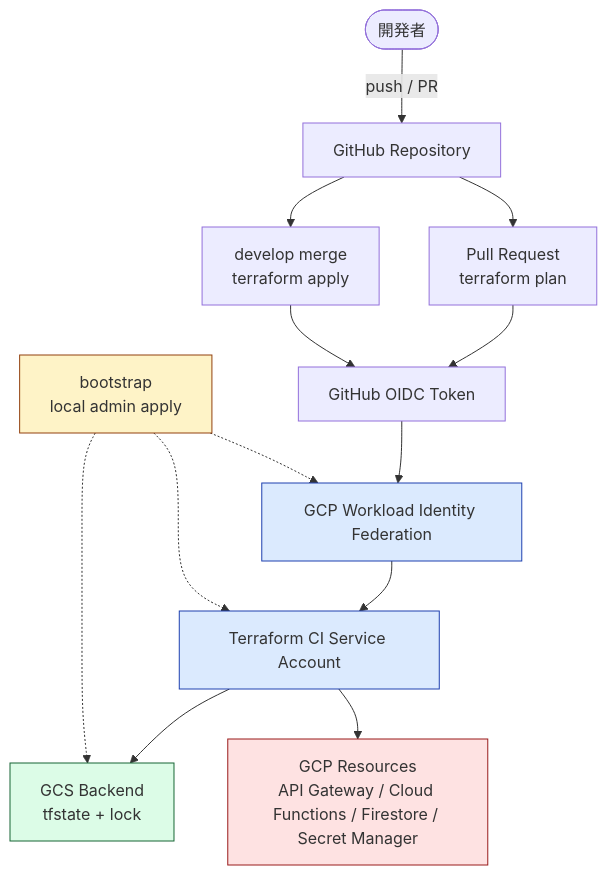
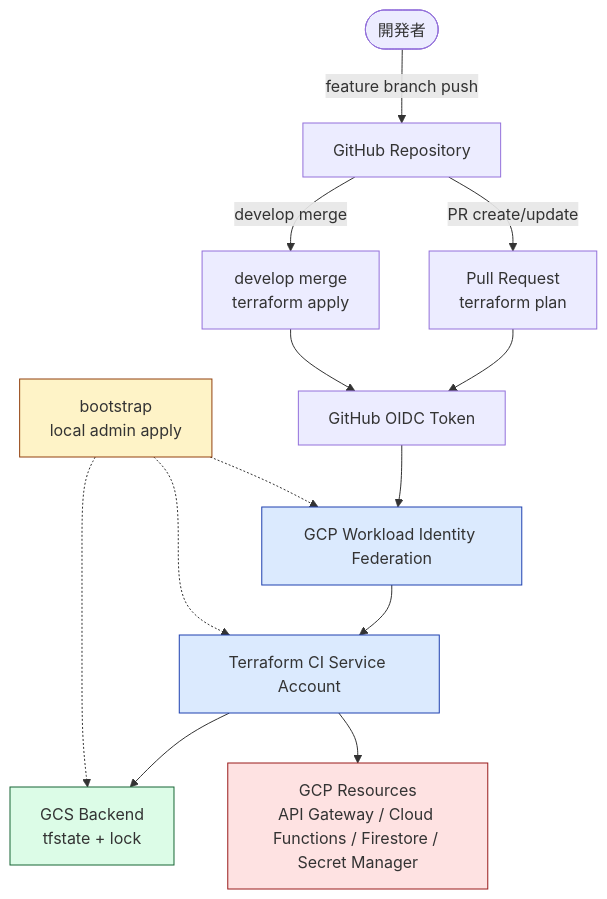
Before and after one commit to Riri-Inferno/gcp-serverless-vector-search: the diagram in docs/terraform-gitops.md, drawn with Mermaid. The commit also changed other lines of this file and 1 other file, not shown here.

````diff
--- a/docs/terraform-gitops.md
+++ b/docs/terraform-gitops.md
@@ -9,32 +9,32 @@
 ```mermaid
 flowchart TD
     Dev([開発者])
     GH[GitHub Repository]
     PR["Pull Request<br/>terraform plan"]
     Merge["develop merge<br/>terraform apply"]
     OIDC["GitHub OIDC Token"]
     WIF["GCP Workload Identity Federation"]
     TFSA["Terraform CI Service Account"]
     State["GCS Backend<br/>tfstate + lock"]
     GCP["GCP Resources<br/>API Gateway / Cloud Functions / Firestore / Secret Manager"]
 
-    Dev -->|push / PR| GH
-    GH --> PR
-    GH --> Merge
+    Dev -->|feature branch push| GH
+    GH -->|PR create/update| PR
+    GH -->|develop merge| Merge
     PR --> OIDC
     Merge --> OIDC
     OIDC --> WIF --> TFSA
     TFSA --> State
     TFSA --> GCP
 
     Bootstrap["bootstrap<br/>local admin apply"]
     Bootstrap -.-> WIF
     Bootstrap -.-> TFSA
     Bootstrap -.-> State
 
     style Bootstrap fill:#fef3c7,stroke:#92400e
     style WIF fill:#dbeafe,stroke:#1e40af
     style TFSA fill:#dbeafe,stroke:#1e40af
     style State fill:#dcfce7,stroke:#166534
     style GCP fill:#fee2e2,stroke:#991b1b
 ```
````
